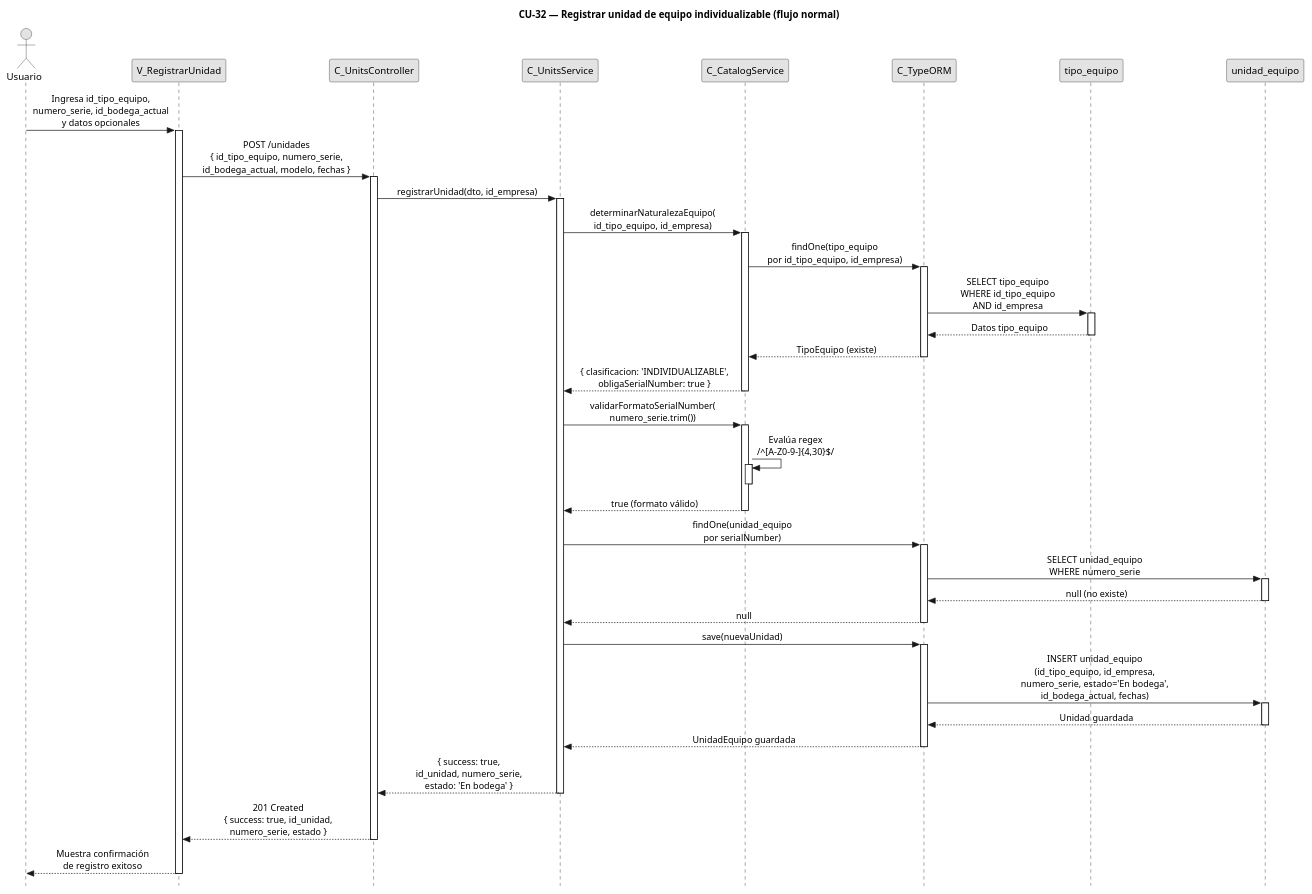
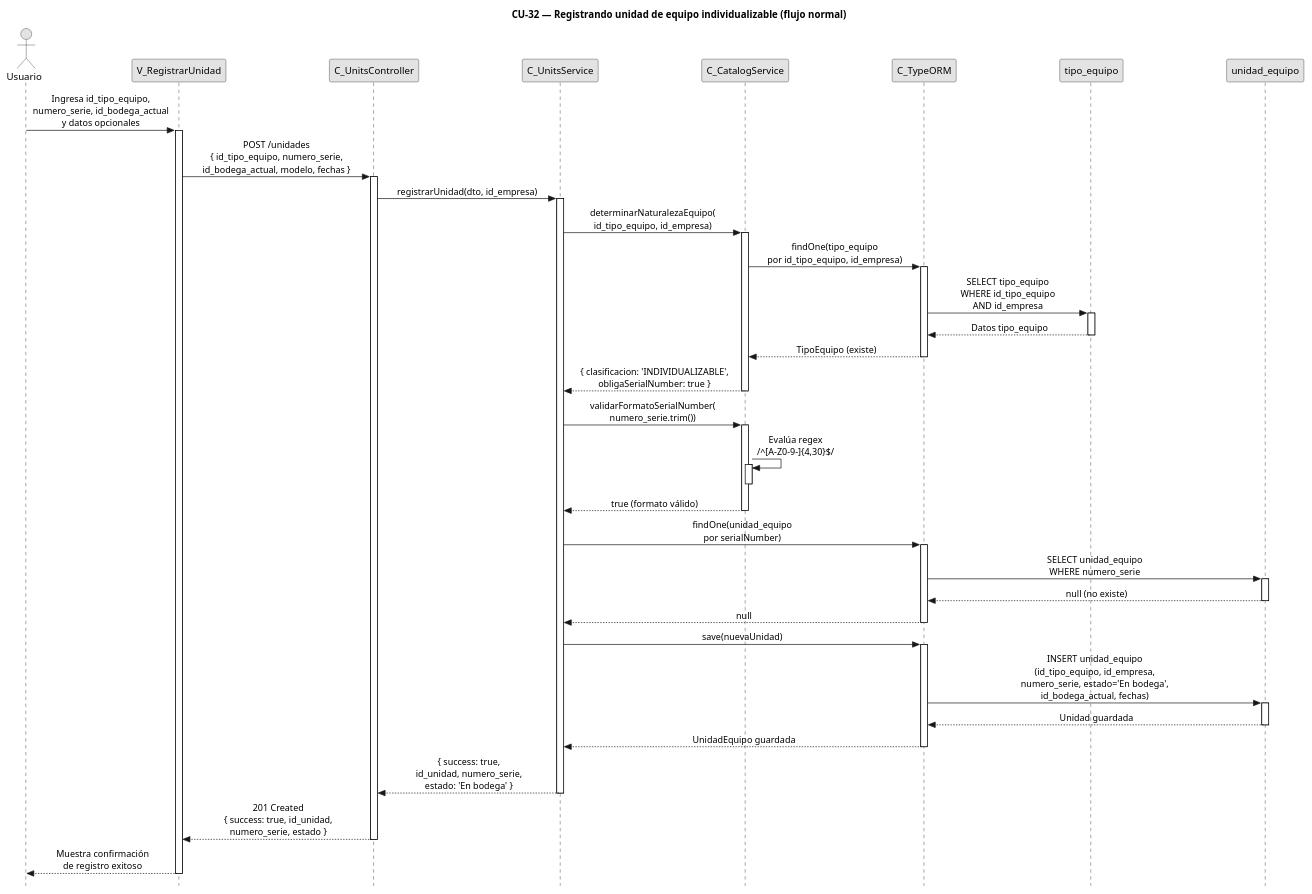
One commit to FSM-Finet-y-Cable-Magico/Team_1-Inventario-y-Bodega changed the diagram in diagramas/diagramas-secuencia/CU32/CU32-normal.puml. Above: the diagram before and after it, drawn with PlantUML. The commit also changed 155 other files, not shown here.

Commit message:
fix: titulos de diagramas de secuencia en gerundio

```diff
--- a/diagramas/diagramas-secuencia/CU32/CU32-normal.puml
+++ b/diagramas/diagramas-secuencia/CU32/CU32-normal.puml
@@ -1,92 +1,92 @@
 @startuml CU32-normal
-title CU-32 — Registrar unidad de equipo individualizable (flujo normal)
+title CU-32 — Registrando unidad de equipo individualizable (flujo normal)
 
 skinparam style strictuml
 skinparam monochrome true
 skinparam shadowing false
 skinparam sequenceMessageAlign center
 skinparam ParticipantPadding 70
 skinparam ActorPadding 30
 skinparam sequence {
   MessageAlign center
   LifeLineBorderColor black
 }
 hide footbox
 
 actor "Usuario" as user
 participant "V_RegistrarUnidad" as view
 participant "C_UnitsController" as ctrl
 participant "C_UnitsService" as svc
 participant "C_CatalogService" as cat
 participant "C_TypeORM" as orm
 participant "tipo_equipo" as tent
 participant "unidad_equipo" as uent
 
 user -> view : Ingresa id_tipo_equipo,\nnumero_serie, id_bodega_actual\ny datos opcionales
 activate view
 
 view -> ctrl : POST /unidades\n{ id_tipo_equipo, numero_serie,\nid_bodega_actual, modelo, fechas }
 activate ctrl
 
 ctrl -> svc : registrarUnidad(dto, id_empresa)
 activate svc
 
 svc -> cat : determinarNaturalezaEquipo(\nid_tipo_equipo, id_empresa)
 activate cat
 
 cat -> orm : findOne(tipo_equipo\npor id_tipo_equipo, id_empresa)
 activate orm
 
 orm -> tent : SELECT tipo_equipo\nWHERE id_tipo_equipo\nAND id_empresa
 activate tent
 tent --> orm : Datos tipo_equipo
 deactivate tent
 
 orm --> cat : TipoEquipo (existe)
 deactivate orm
 
 cat --> svc : { clasificacion: 'INDIVIDUALIZABLE',\nobligaSerialNumber: true }
 deactivate cat
 
 svc -> cat : validarFormatoSerialNumber(\nnumero_serie.trim())
 activate cat
 
 cat -> cat : Evalúa regex\n/^[A-Z0-9-]{4,30}$/
 activate cat
 deactivate cat
 
 cat --> svc : true (formato válido)
 deactivate cat
 
 svc -> orm : findOne(unidad_equipo\npor serialNumber)
 activate orm
 
 orm -> uent : SELECT unidad_equipo\nWHERE numero_serie
 activate uent
 uent --> orm : null (no existe)
 deactivate uent
 
 orm --> svc : null
 deactivate orm
 
 svc -> orm : save(nuevaUnidad)
 activate orm
 
 orm -> uent : INSERT unidad_equipo\n(id_tipo_equipo, id_empresa,\nnumero_serie, estado='En bodega',\nid_bodega_actual, fechas)
 activate uent
 uent --> orm : Unidad guardada
 deactivate uent
 
 orm --> svc : UnidadEquipo guardada
 deactivate orm
 
 svc --> ctrl : { success: true,\nid_unidad, numero_serie,\nestado: 'En bodega' }
 deactivate svc
 
 ctrl --> view : 201 Created\n{ success: true, id_unidad,\nnumero_serie, estado }
 deactivate ctrl
 
 view --> user : Muestra confirmación\nde registro exitoso
 deactivate view
 
 @enduml
```
